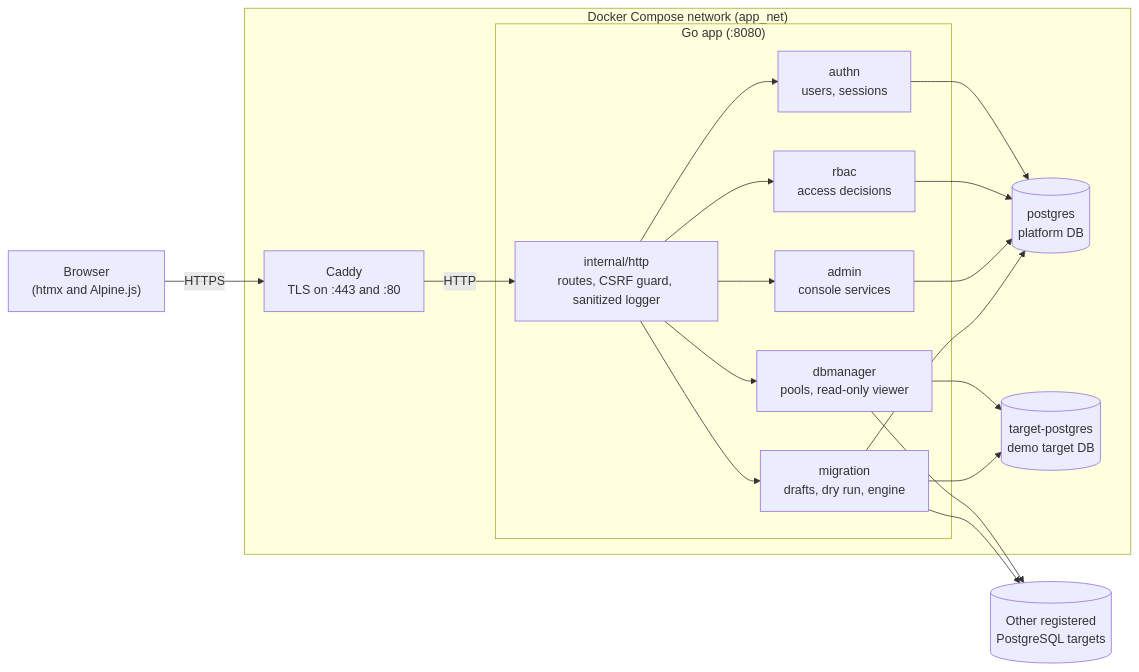
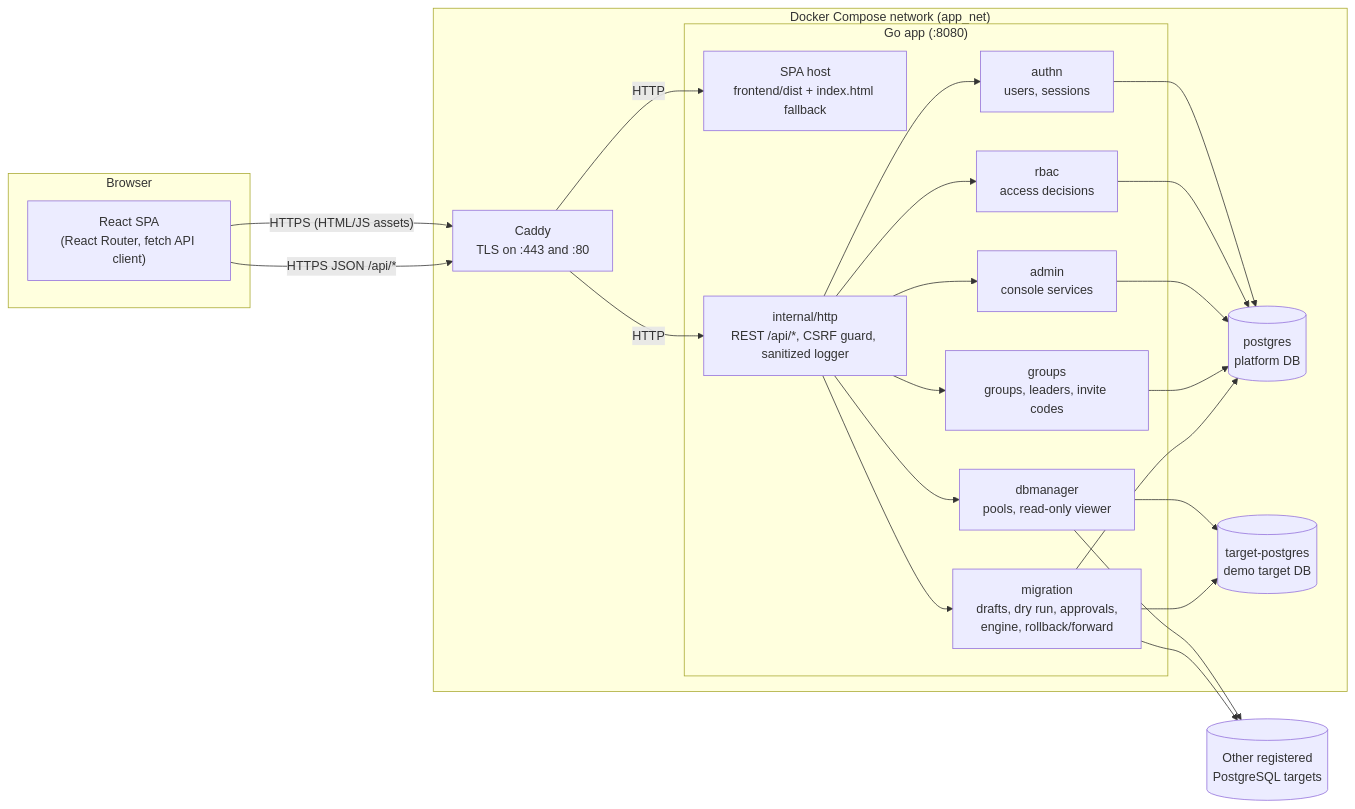
The diagram in README.md (m-akma1/if3110-web-application-development), drawn with Mermaid before and after one commit. The commit also changed other lines of this file and 2 other files, not shown here.

First line of the commit message:
docs(readme) : update tech stack, diagram structure and route for SPA

````diff
--- a/README.md
+++ b/README.md
@@ -206,28 +210,35 @@
 ```mermaid
 flowchart LR
-    browser["Browser<br/>(htmx and Alpine.js)"]
+    subgraph browser["Browser"]
+        spa["React SPA<br/>(React Router, fetch API client)"]
+    end
 
     subgraph compose["Docker Compose network (app_net)"]
         caddy["Caddy<br/>TLS on :443 and :80"]
 
         subgraph app["Go app (:8080)"]
-            http["internal/http<br/>routes, CSRF guard, sanitized logger"]
+            static["SPA host<br/>frontend/dist + index.html fallback"]
+            http["internal/http<br/>REST /api/*, CSRF guard, sanitized logger"]
             authn["authn<br/>users, sessions"]
             rbac["rbac<br/>access decisions"]
             admin["admin<br/>console services"]
+            groups["groups<br/>groups, leaders, invite codes"]
             viewer["dbmanager<br/>pools, read-only viewer"]
-            migr["migration<br/>drafts, dry run, engine"]
+            migr["migration<br/>drafts, dry run, approvals,<br/>engine, rollback/forward"]
         end
 
         platform[("postgres<br/>platform DB")]
         target[("target-postgres<br/>demo target DB")]
     end
 
     other[("Other registered<br/>PostgreSQL targets")]
 
-    browser -- HTTPS --> caddy -- HTTP --> http
-    http --> authn & rbac & admin & viewer & migr
-    authn & rbac & admin & migr --> platform
+    spa -- "HTTPS (HTML/JS assets)" --> caddy
+    spa -- "HTTPS JSON /api/*" --> caddy
+    caddy -- HTTP --> static
+    caddy -- HTTP --> http
+    http --> authn & rbac & admin & groups & viewer & migr
+    authn & rbac & admin & groups & migr --> platform
     viewer & migr --> target
     viewer & migr --> other
 ```
````
